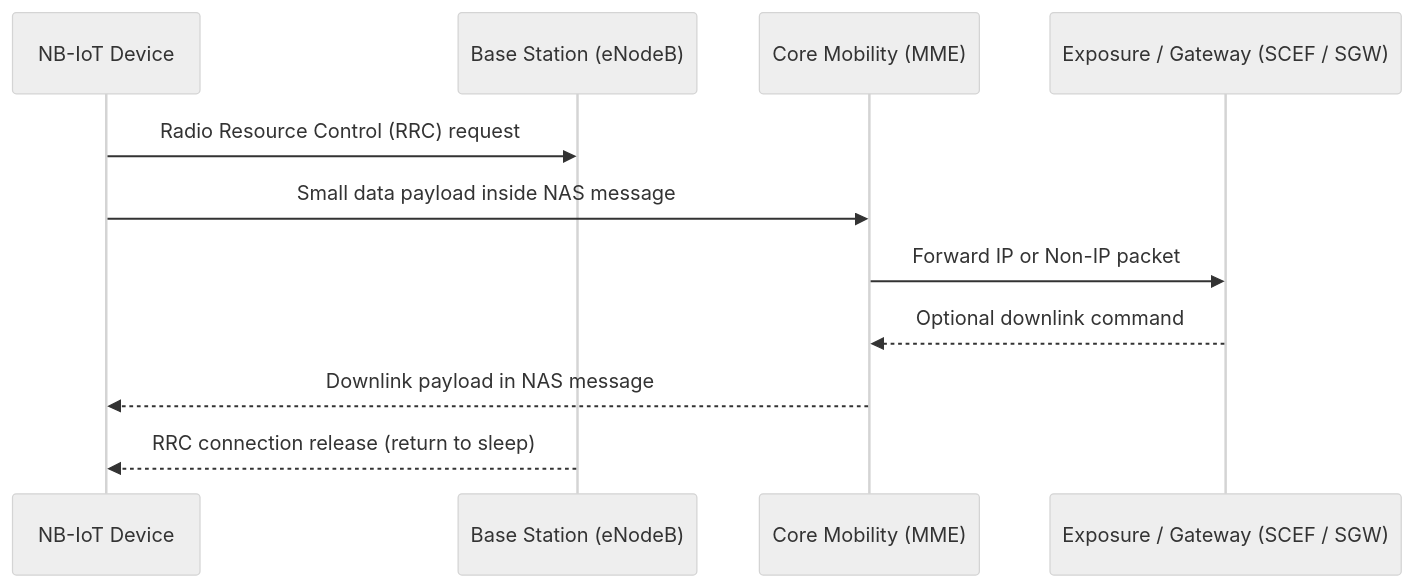
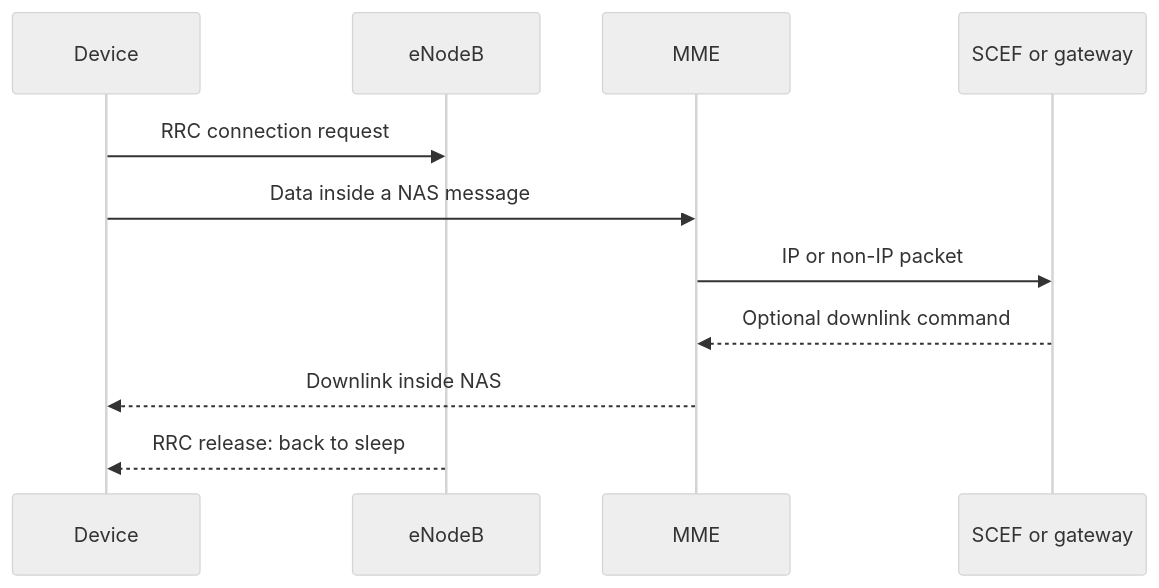
The second of 2 diagrams in posters/iot/connectivity/nbiot.md (markbac/posters), drawn with Mermaid (neutral theme) before and after one commit. The commit also changed other lines of this file and 57 other files, not shown here.

````diff
--- a/posters/iot/connectivity/nbiot.md
+++ b/posters/iot/connectivity/nbiot.md
@@ -110,13 +97,13 @@
 ```mermaid
 sequenceDiagram
-  participant D as NB-IoT Device
-  participant E as Base Station (eNodeB)
-  participant M as Core Mobility (MME)
-  participant S as Exposure / Gateway (SCEF / SGW)
-  D->>E: Radio Resource Control (RRC) request
-  D->>M: Small data payload inside NAS message
-  M->>S: Forward IP or Non-IP packet
+  participant D as Device
+  participant E as eNodeB
+  participant M as MME
+  participant S as SCEF or gateway
+  D->>E: RRC connection request
+  D->>M: Data inside a NAS message
+  M->>S: IP or non-IP packet
   S-->>M: Optional downlink command
-  M-->>D: Downlink payload in NAS message
-  E-->>D: RRC connection release (return to sleep)
+  M-->>D: Downlink inside NAS
+  E-->>D: RRC release: back to sleep
 ```
````
